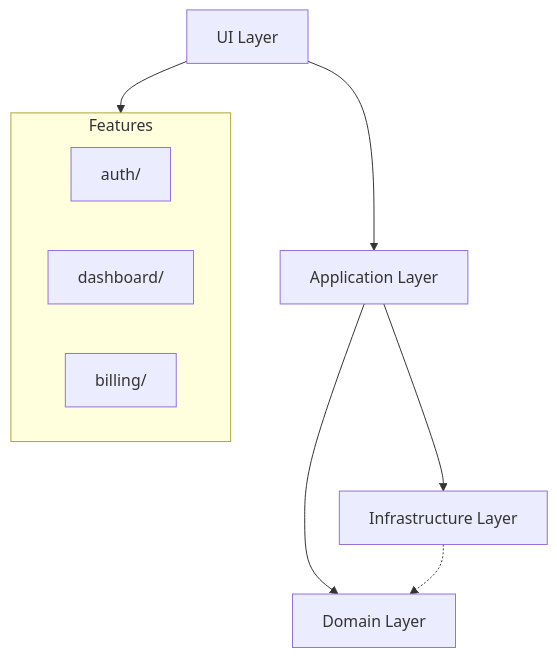
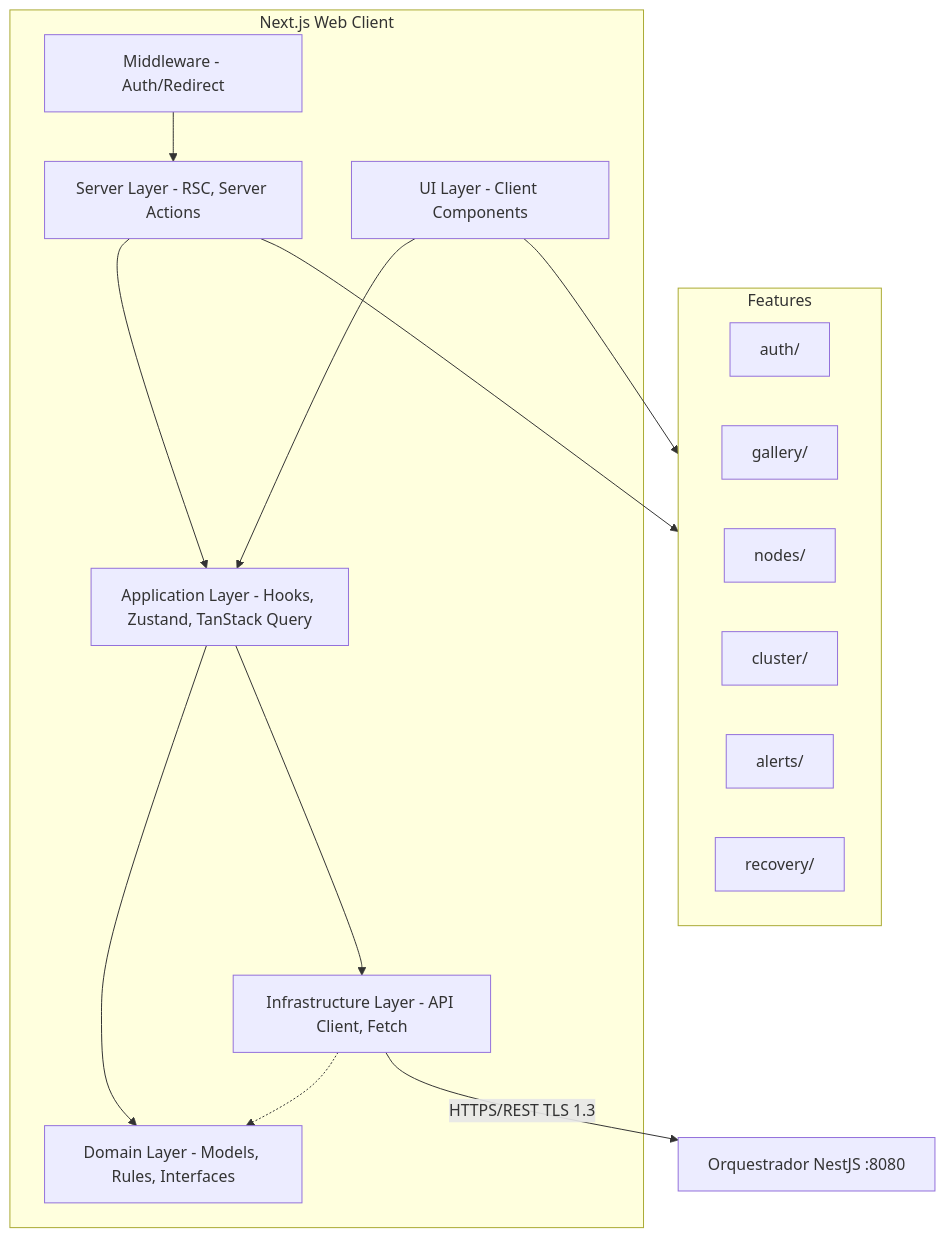
The diagram in docs/frontend/web/01-architecture.md (DouglasPrado/alexandria), drawn with Mermaid before and after one commit. The commit also changed other lines of this file and 15 other files, not shown here.

````diff
--- a/docs/frontend/web/01-architecture.md
+++ b/docs/frontend/web/01-architecture.md
@@ -94,15 +139,31 @@
 ```mermaid
 graph TD
-    UI[UI Layer] --> App[Application Layer]
-    App --> Domain[Domain Layer]
-    App --> Infra[Infrastructure Layer]
-    Infra -.-> Domain
+    subgraph Next.js Web Client
+        Middleware[Middleware - Auth/Redirect]
+        Server[Server Layer - RSC, Server Actions]
+        UI[UI Layer - Client Components]
+        App[Application Layer - Hooks, Zustand, TanStack Query]
+        Domain[Domain Layer - Models, Rules, Interfaces]
+        Infra[Infrastructure Layer - API Client, Fetch]
+    end
 
     subgraph Features
         Auth[auth/]
-        Dashboard[dashboard/]
-        Billing[billing/]
+        Gallery[gallery/]
+        Nodes[nodes/]
+        Cluster[cluster/]
+        Alerts[alerts/]
+        Recovery[recovery/]
     end
 
+    Middleware --> Server
+    Server --> App
+    UI --> App
+    App --> Domain
+    App --> Infra
+    Infra -.-> Domain
+    Infra -->|HTTPS/REST TLS 1.3| Orchestrator[Orquestrador NestJS :8080]
+
     UI --> Features
+    Server --> Features
 ```
````
